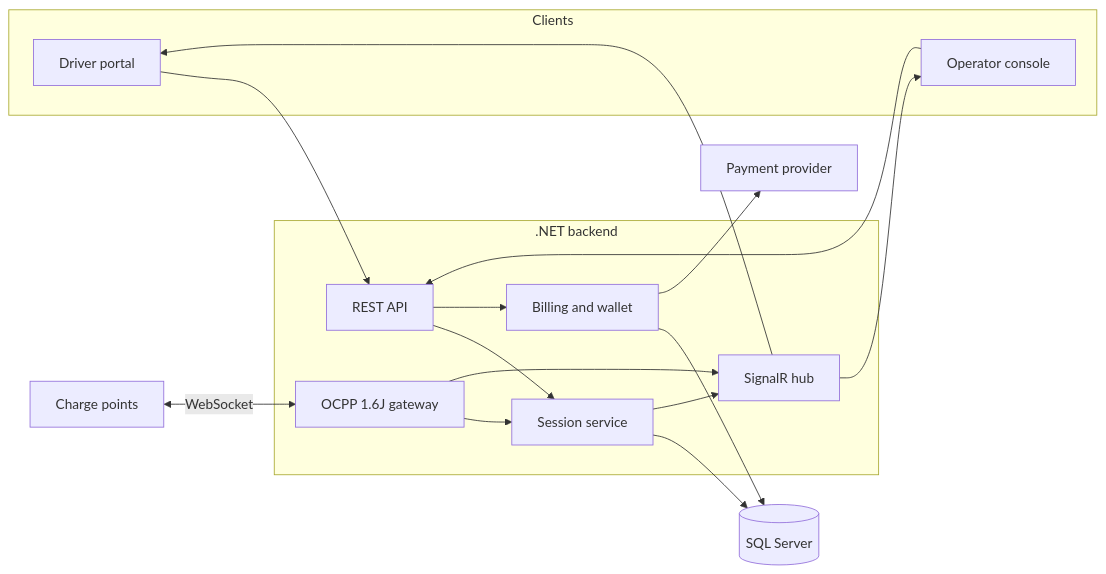
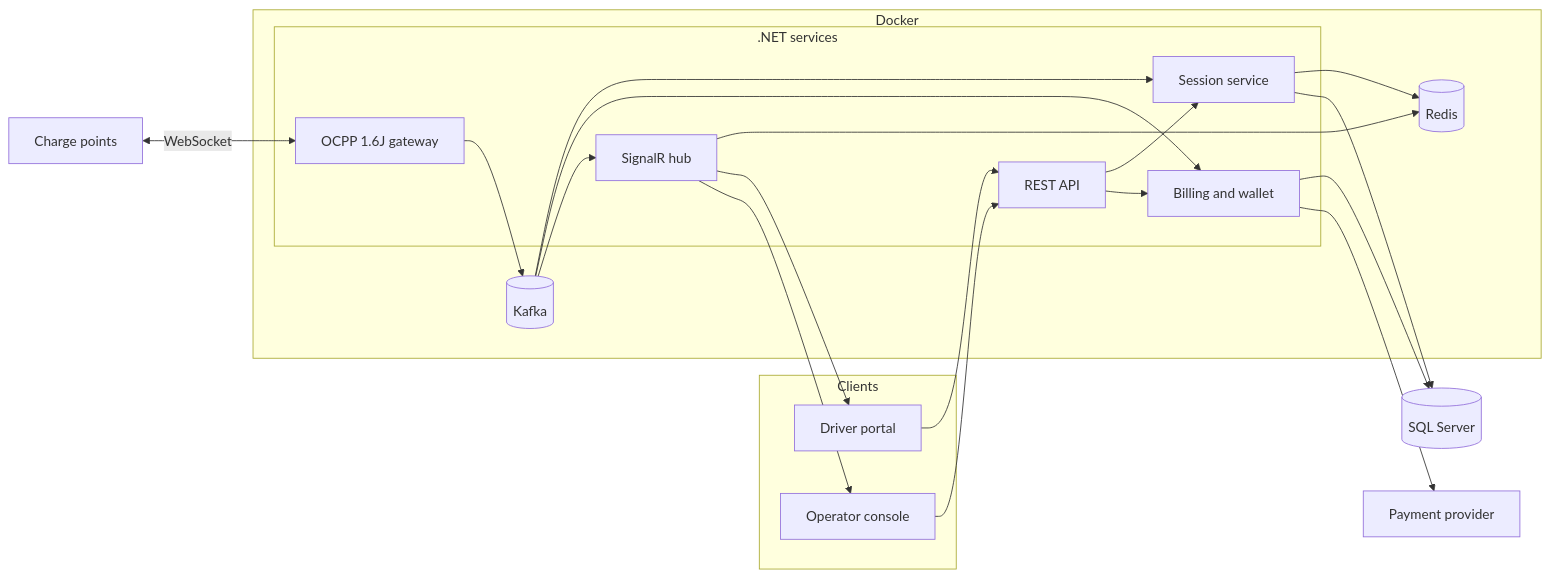
The diagram in README.md (Furkangnn/Ev_Charger_Project), drawn with Mermaid before and after one commit. The commit also changed other lines of this file and 1 other file, not shown here.

Commit message:
Add Docker, Kafka, and Redis to the architecture
Show the .NET services running in Docker, charger events on Kafka,
and live session state in Redis.

````diff
--- a/README.md
+++ b/README.md
@@ -29,33 +29,40 @@
 ```mermaid
 flowchart LR
   subgraph clients [Clients]
     Driver[Driver portal]
     Operator[Operator console]
   end
 
-  subgraph backend [.NET backend]
-    API[REST API]
-    Sessions[Session service]
-    Billing[Billing and wallet]
-    Hub[SignalR hub]
-    Ocpp[OCPP 1.6J gateway]
+  subgraph runtime [Docker]
+    subgraph backend [.NET services]
+      API[REST API]
+      Sessions[Session service]
+      Billing[Billing and wallet]
+      Hub[SignalR hub]
+      Ocpp[OCPP 1.6J gateway]
+    end
+    Kafka[(Kafka)]
+    Redis[(Redis)]
   end
 
   CP[Charge points]
   DB[(SQL Server)]
   Pay[Payment provider]
 
   Driver --> API
   Operator --> API
   API --> Sessions
   API --> Billing
+  CP <-->|WebSocket| Ocpp
+  Ocpp --> Kafka
+  Kafka --> Sessions
+  Kafka --> Billing
+  Kafka --> Hub
+  Sessions --> Redis
+  Hub --> Redis
   Sessions --> DB
   Billing --> DB
   Billing --> Pay
-  CP <-->|WebSocket| Ocpp
-  Ocpp --> Sessions
-  Sessions --> Hub
-  Ocpp --> Hub
   Hub --> Driver
   Hub --> Operator
 ```
````
